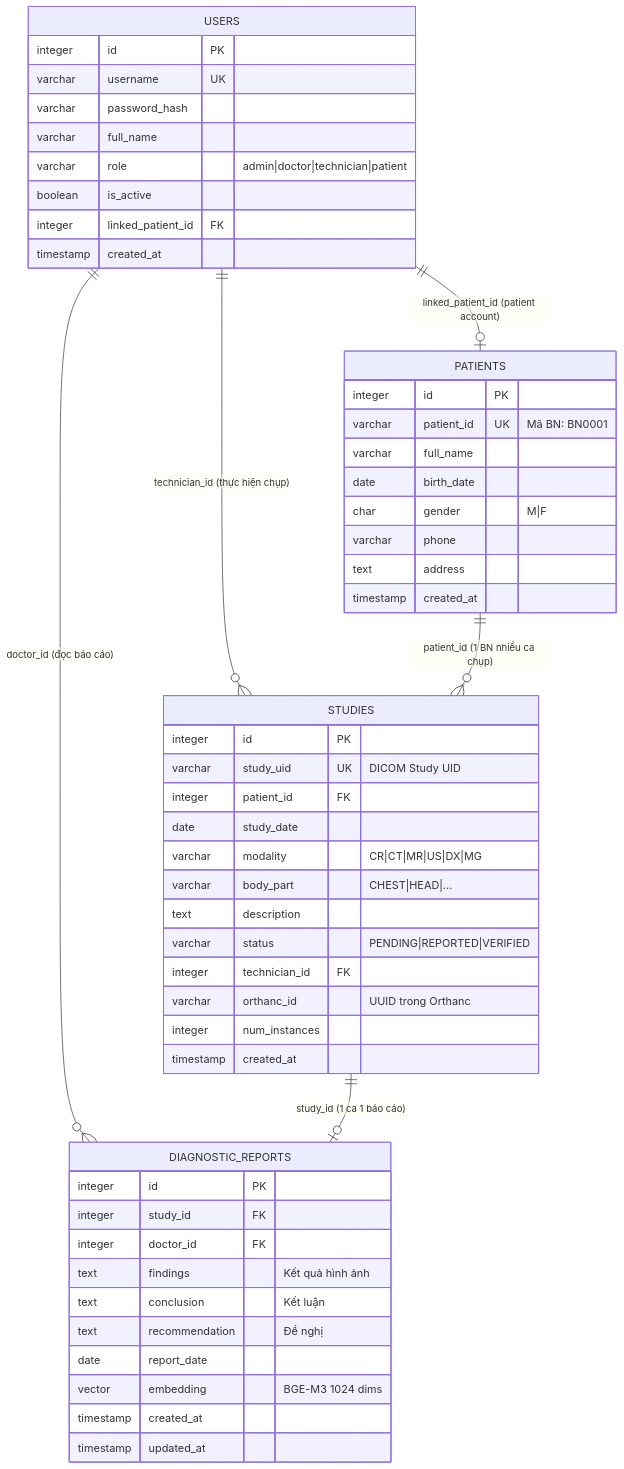
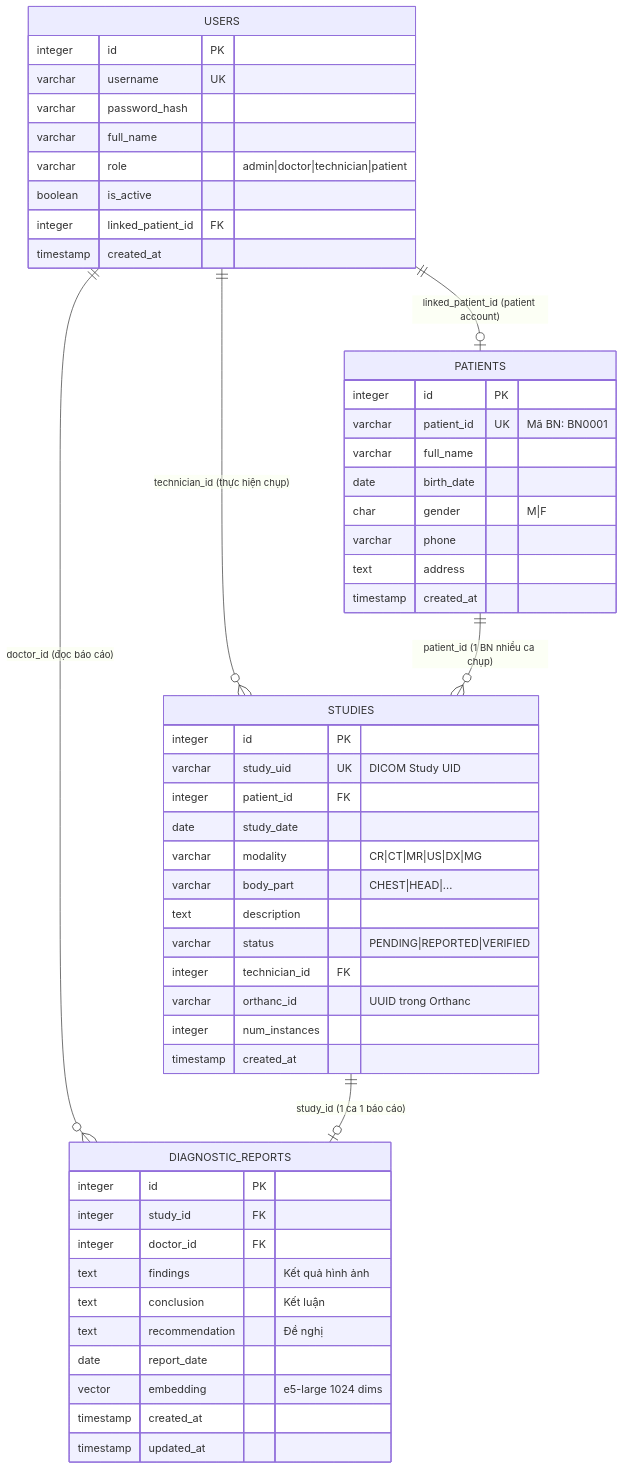
One commit to HoangDLongg/pacs-long changed the diagram in docs/02_erd_database.md. Above: the diagram before and after it, drawn with Mermaid. The commit also changed other lines of this file and 10 other files, not shown here.

````diff
--- a/docs/02_erd_database.md
+++ b/docs/02_erd_database.md
@@ -5,58 +5,58 @@
 ```mermaid
 erDiagram
     USERS {
         integer id PK
         varchar username UK
         varchar password_hash
         varchar full_name
         varchar role "admin|doctor|technician|patient"
         boolean is_active
         integer linked_patient_id FK
         timestamp created_at
     }
 
     PATIENTS {
         integer id PK
         varchar patient_id UK "Mã BN: BN0001"
         varchar full_name
         date birth_date
         char gender "M|F"
         varchar phone
         text address
         timestamp created_at
     }
 
     STUDIES {
         integer id PK
         varchar study_uid UK "DICOM Study UID"
         integer patient_id FK
         date study_date
         varchar modality "CR|CT|MR|US|DX|MG"
         varchar body_part "CHEST|HEAD|..."
         text description
         varchar status "PENDING|REPORTED|VERIFIED"
         integer technician_id FK
         varchar orthanc_id "UUID trong Orthanc"
         integer num_instances
         timestamp created_at
     }
 
     DIAGNOSTIC_REPORTS {
         integer id PK
         integer study_id FK
         integer doctor_id FK
         text findings "Kết quả hình ảnh"
         text conclusion "Kết luận"
         text recommendation "Đề nghị"
         date report_date
-        vector embedding "BGE-M3 1024 dims"
+        vector embedding "e5-large 1024 dims"
         timestamp created_at
         timestamp updated_at
     }
 
     USERS ||--o{ STUDIES : "technician_id (thực hiện chụp)"
     USERS ||--o{ DIAGNOSTIC_REPORTS : "doctor_id (đọc báo cáo)"
     PATIENTS ||--o{ STUDIES : "patient_id (1 BN nhiều ca chụp)"
     STUDIES ||--o| DIAGNOSTIC_REPORTS : "study_id (1 ca 1 báo cáo)"
     USERS ||--o| PATIENTS : "linked_patient_id (patient account)"
 ```
````
